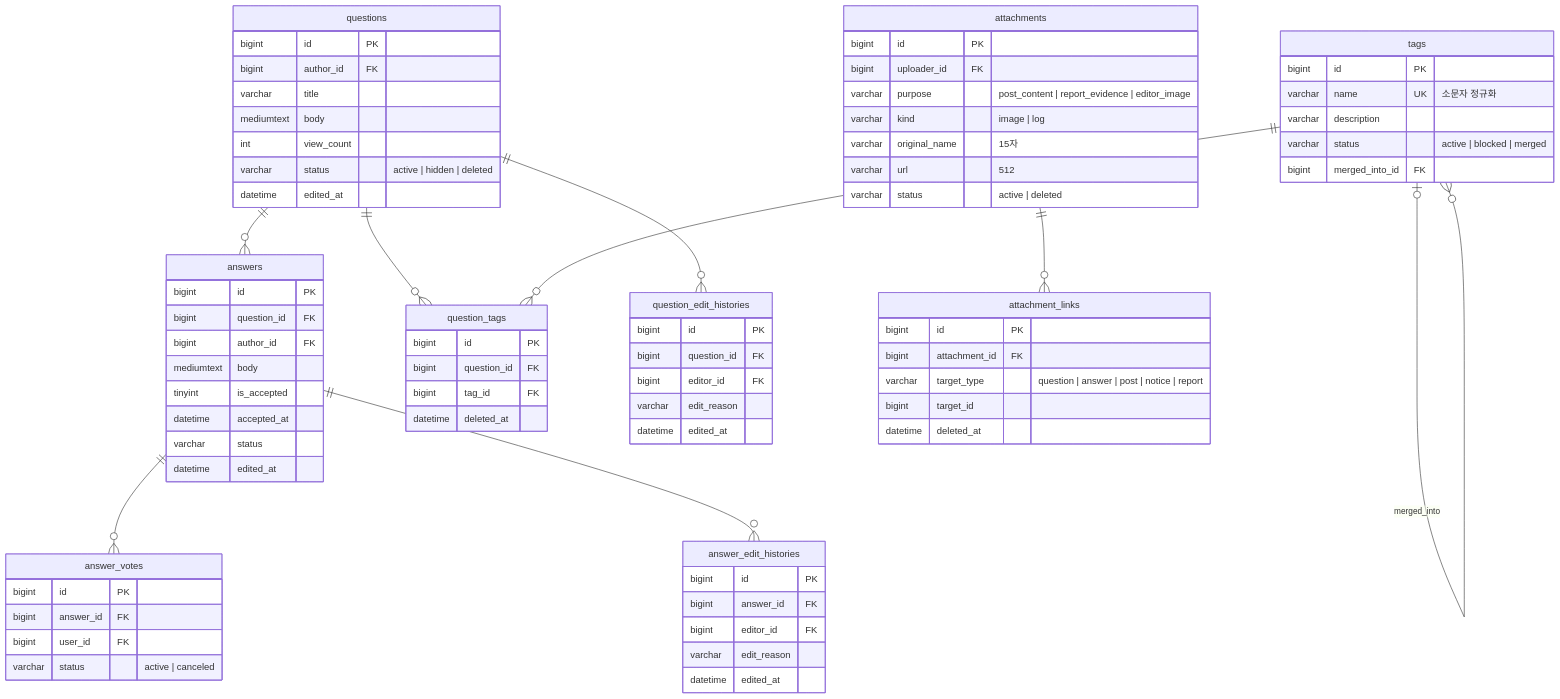
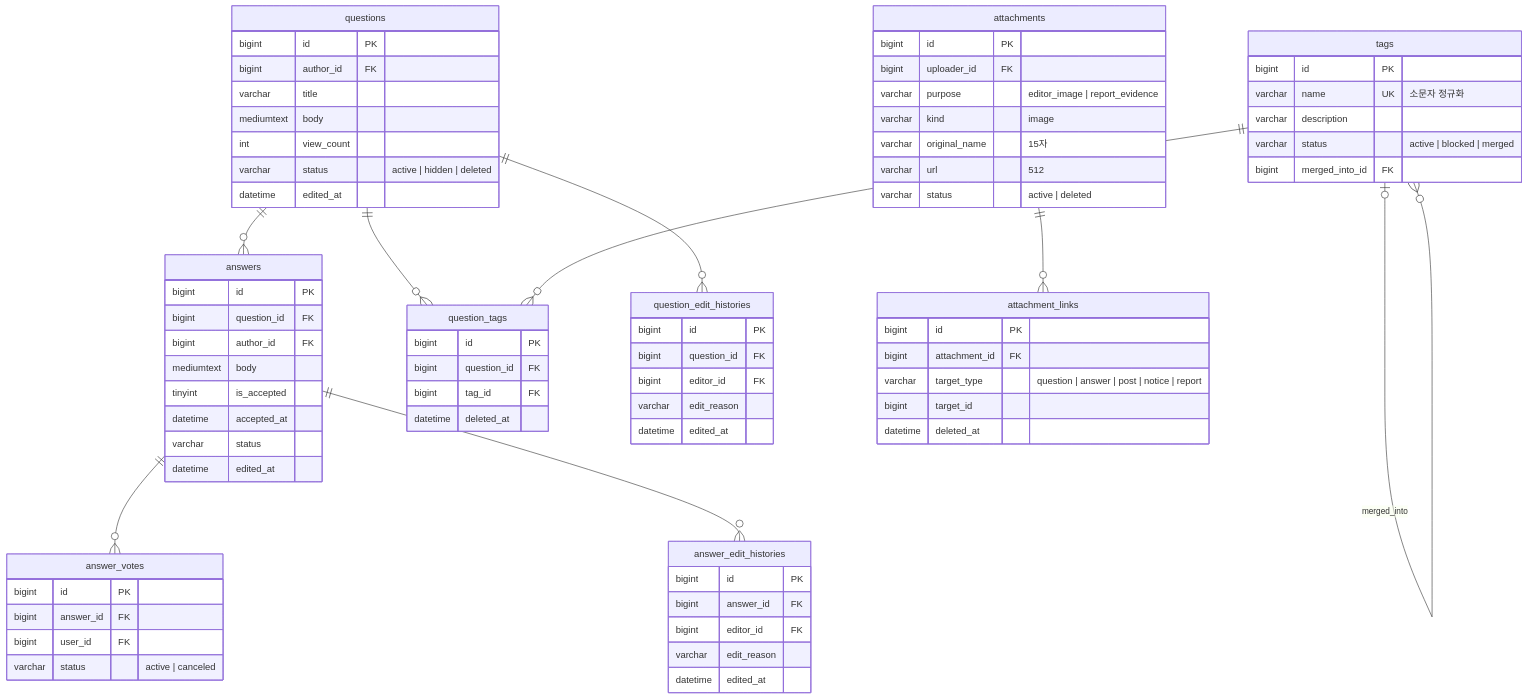
One commit to likelion-backendschool-11st/basic-project-1team changed the third of 4 diagrams in docs/04-db-design.md. Above: the diagram before and after it, drawn with Mermaid. The commit also changed other lines of this file and 3 other files, not shown here.

````diff
--- a/docs/04-db-design.md
+++ b/docs/04-db-design.md
@@ -147,79 +147,79 @@
 ```mermaid
 erDiagram
     questions {
         bigint id PK
         bigint author_id FK
         varchar title
         mediumtext body
         int view_count
         varchar status "active | hidden | deleted"
         datetime edited_at
     }
     answers {
         bigint id PK
         bigint question_id FK
         bigint author_id FK
         mediumtext body
         tinyint is_accepted
         datetime accepted_at
         varchar status
         datetime edited_at
     }
     answer_votes {
         bigint id PK
         bigint answer_id FK
         bigint user_id FK
         varchar status "active | canceled"
     }
     tags {
         bigint id PK
         varchar name UK "소문자 정규화"
         varchar description
         varchar status "active | blocked | merged"
         bigint merged_into_id FK
     }
     question_tags {
         bigint id PK
         bigint question_id FK
         bigint tag_id FK
         datetime deleted_at
     }
     question_edit_histories {
         bigint id PK
         bigint question_id FK
         bigint editor_id FK
         varchar edit_reason
         datetime edited_at
     }
     answer_edit_histories {
         bigint id PK
         bigint answer_id FK
         bigint editor_id FK
         varchar edit_reason
         datetime edited_at
     }
     attachments {
         bigint id PK
         bigint uploader_id FK
-        varchar purpose "post_content | report_evidence | editor_image"
-        varchar kind "image | log"
+        varchar purpose "editor_image | report_evidence"
+        varchar kind "image"
         varchar original_name "15자"
         varchar url "512"
         varchar status "active | deleted"
     }
     attachment_links {
         bigint id PK
         bigint attachment_id FK
         varchar target_type "question | answer | post | notice | report"
         bigint target_id
         datetime deleted_at
     }
     questions ||--o{ answers : ""
     questions ||--o{ question_tags : ""
     tags ||--o{ question_tags : ""
     tags |o--o{ tags : "merged_into"
     answers ||--o{ answer_votes : ""
     questions ||--o{ question_edit_histories : ""
     answers ||--o{ answer_edit_histories : ""
     attachments ||--o{ attachment_links : ""
 ```
````
